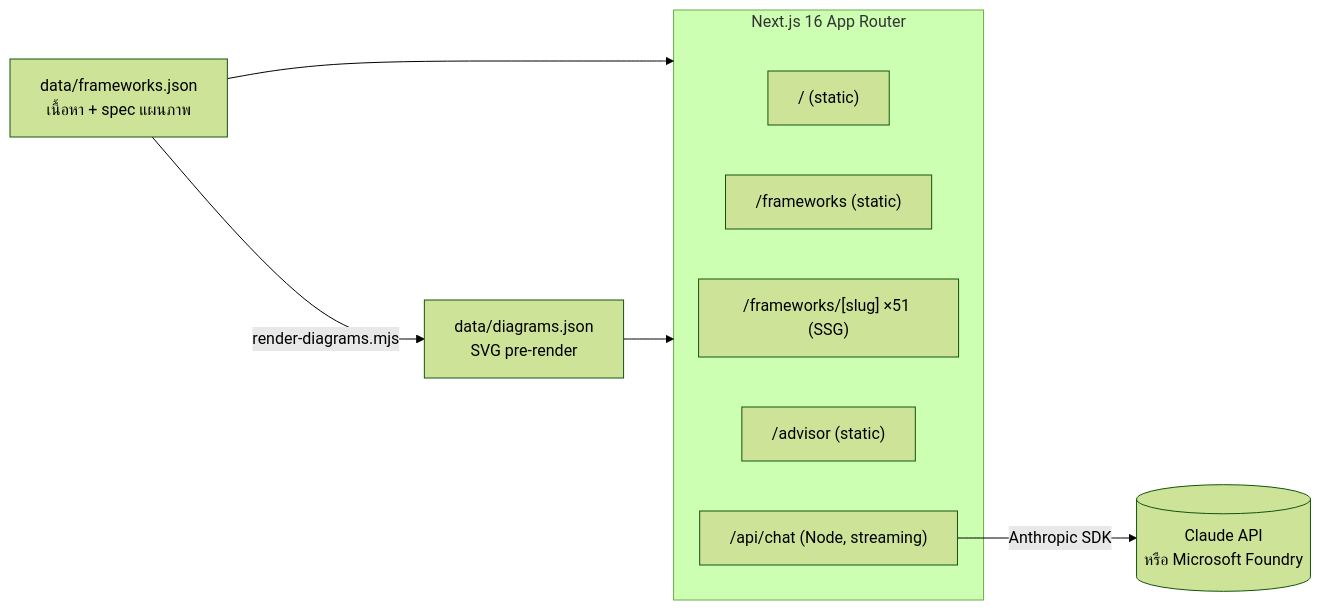
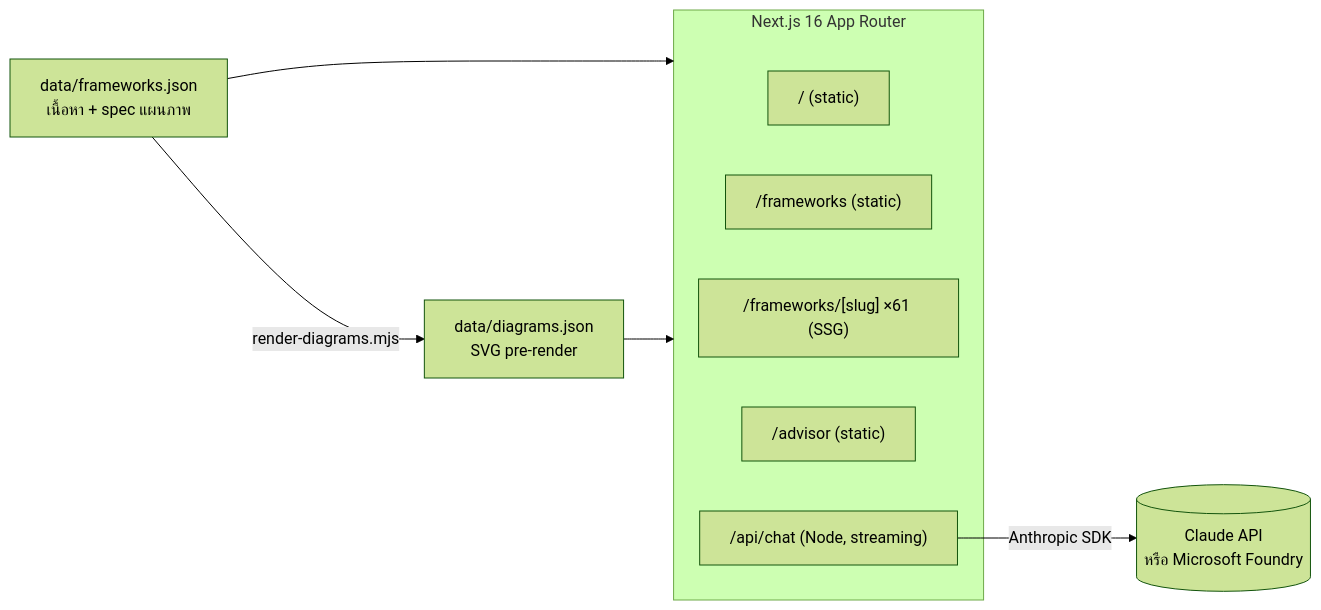
The second of 2 diagrams in README.md (ppongsakorn/management-framework), drawn with Mermaid (forest theme) before and after one commit. The commit also changed other lines of this file and 9 other files, not shown here.

````diff
--- a/README.md
+++ b/README.md
@@ -237,14 +247,14 @@
 ```mermaid
 flowchart LR
     FJ[data/frameworks.json<br/>เนื้อหา + spec แผนภาพ] -->|render-diagrams.mjs| DJ[data/diagrams.json<br/>SVG pre-render]
     FJ --> APP
     DJ --> APP
     subgraph APP[Next.js 16 App Router]
         P1["/ (static)"]
         P2["/frameworks (static)"]
-        P3["/frameworks/[slug] ×51 (SSG)"]
+        P3["/frameworks/[slug] ×61 (SSG)"]
         P4["/advisor (static)"]
         API["/api/chat (Node, streaming)"]
     end
     API -->|Anthropic SDK| CL[(Claude API<br/>หรือ Microsoft Foundry)]
 ```
````
